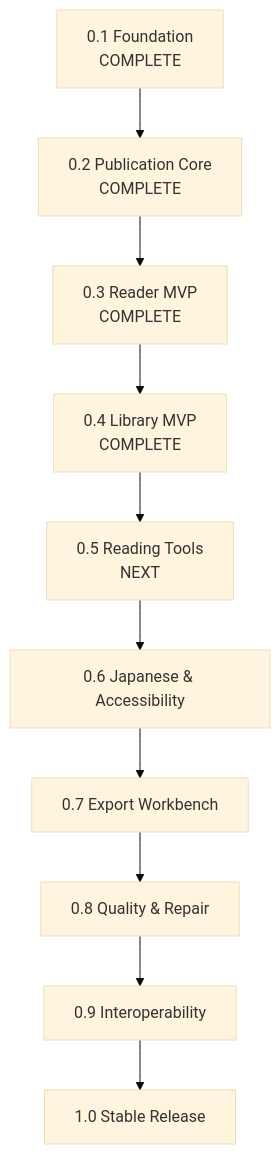
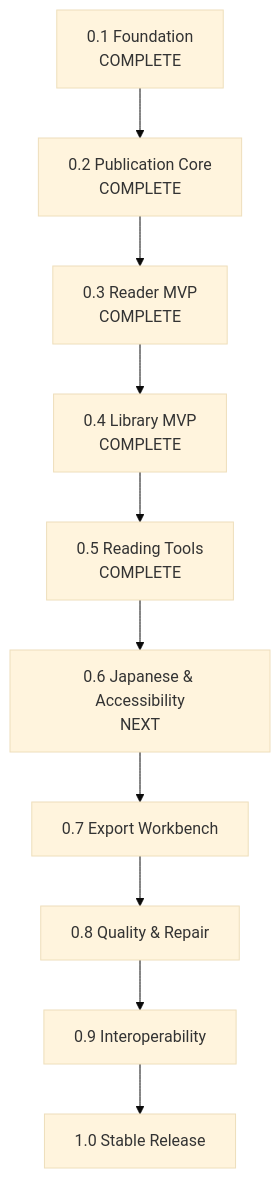
One commit to bosatsu25/ReflowPress changed the diagram in docs/roadmap.md. Above: the diagram before and after it, drawn with Mermaid (base theme). The commit also changed other lines of this file and 5 other files, not shown here.

Commit message:
docs: add ADR 0005 and document Milestone 0.5 Reading Tools

````diff
--- a/docs/roadmap.md
+++ b/docs/roadmap.md
@@ -14,12 +14,12 @@
 ```mermaid
 flowchart TD
     M01[0.1 Foundation<br/>COMPLETE] --> M02[0.2 Publication Core<br/>COMPLETE]
     M02 --> M03[0.3 Reader MVP<br/>COMPLETE]
     M03 --> M04[0.4 Library MVP<br/>COMPLETE]
-    M04 --> M05[0.5 Reading Tools<br/>NEXT]
-    M05 --> M06[0.6 Japanese & Accessibility]
+    M04 --> M05[0.5 Reading Tools<br/>COMPLETE]
+    M05 --> M06[0.6 Japanese & Accessibility<br/>NEXT]
     M06 --> M07[0.7 Export Workbench]
     M07 --> M08[0.8 Quality & Repair]
     M08 --> M09[0.9 Interoperability]
     M09 --> M10[1.0 Stable Release]
 ```
````
